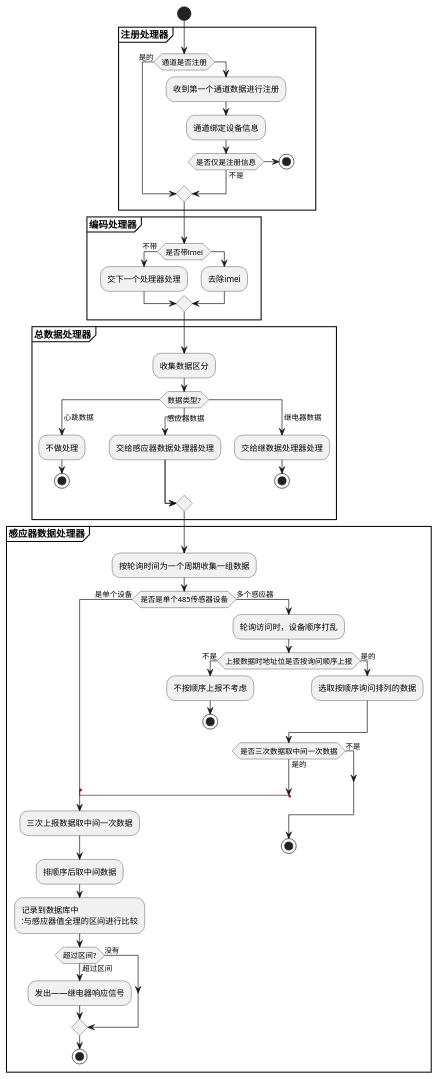
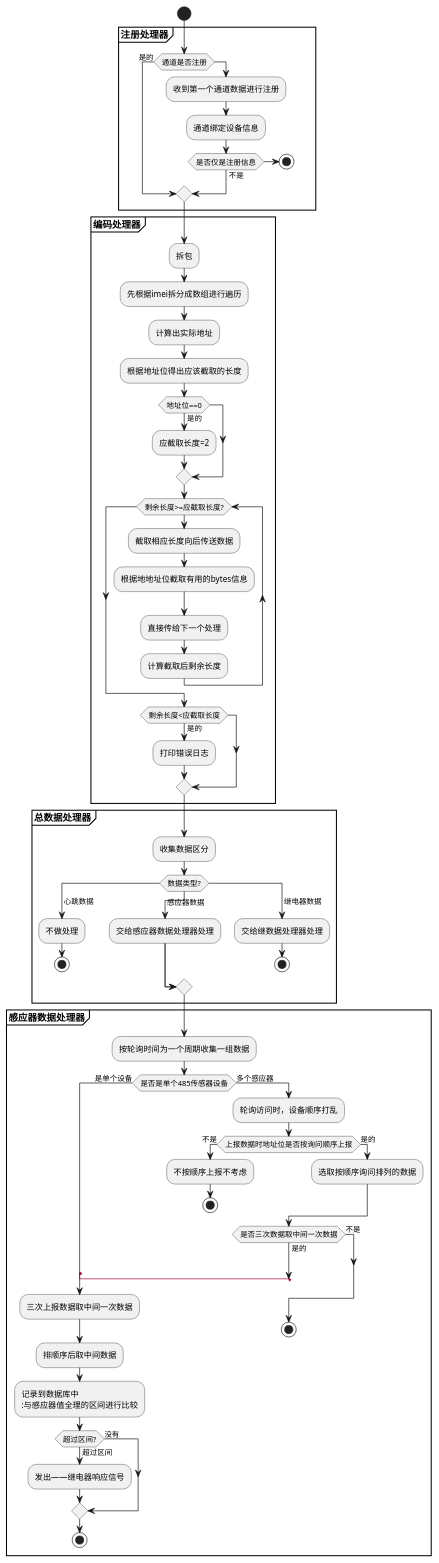
The diagram in doc/保证dtu设备数据上报准备性方案.puml (wskvfhprrk/springboot-netty), drawn with PlantUML before and after one commit. The commit also changed 54 other files, not shown here.

```diff
--- a/doc/保证dtu设备数据上报准备性方案.puml
+++ b/doc/保证dtu设备数据上报准备性方案.puml
@@ -1,74 +1,85 @@
 @startuml
 'https://plantuml.com/activity-diagram-beta
 
 start
 partition "**注册处理器**" {
     if(通道是否注册)then(是的)
     label next
     else
     :收到第一个通道数据进行注册;
     :通道绑定设备信息;
         if(是否仅是注册信息)then(不是)
         label next
         else
         stop
         endif
     endif
 }
 partition "**编码处理器**" {
-    if(是否带imei)then(不带)
-    :交下一个处理器处理;
-    else
-    :去除imei;
+    :拆包;
+    :先根据imei拆分成数组进行遍历;
+    :计算出实际地址;
+    :根据地址位得出应该截取的长度;
+    if(地址位==0)then(是的)
+    :应截取长度=2;
+    endif
+    while (剩余长度>=应截取长度?)
+        :截取相应长度向后传送数据;
+        :根据地地址位截取有用的bytes信息;
+        :直接传给下一个处理;
+        :计算截取后剩余长度;
+    endwhile
+    if(剩余长度<应截取长度)then(是的)
+    :打印错误日志;
     endif
 }
 partition "**总数据处理器**" {
     :收集数据区分;
     switch (数据类型?)
     case ( 心跳数据 )
       :不做处理;
       stop
     case ( 感应器数据 )
     :交给感应器数据处理器处理;
     case ( 继电器数据 )
       :交给继数据处理器处理;
       stop
     endswitch
 }
 partition "**感应器数据处理器**" {
         :按轮询时间为一个周期收集一组数据;
         if (是否是单个485传感器设备) then (是单个设备)
         label sp_lab0
             label sp_lab1
             label sp_lab1
             label sp_lab1
             label sp_lab1
             label sp_lab1
             label sp_lab1
             label sp_lab1
             label sp_lab1
           label lab
           :三次上报数据取中间一次数据;
           :排顺序后取中间数据;
           :记录到数据库中
           :与感应器值全理的区间进行比较;
           if(超过区间?)then(没有)
           else(超过区间)
           :发出——继电器响应信号;
           endif
           stop
         else(多个感应器)
           :轮询访问时，设备顺序打乱;
           if(上报数据时地址位是否按询问顺序上报) then (不是)
           :不按顺序上报不考虑;
           stop
           else(是的)
           :选取按顺序询问排列的数据;
           endif
           if(是否三次数据取中间一次数据)then(是的)
           label sp_lab2
            goto lab
           else(不是)
           endif
           stop
 @enduml
```
